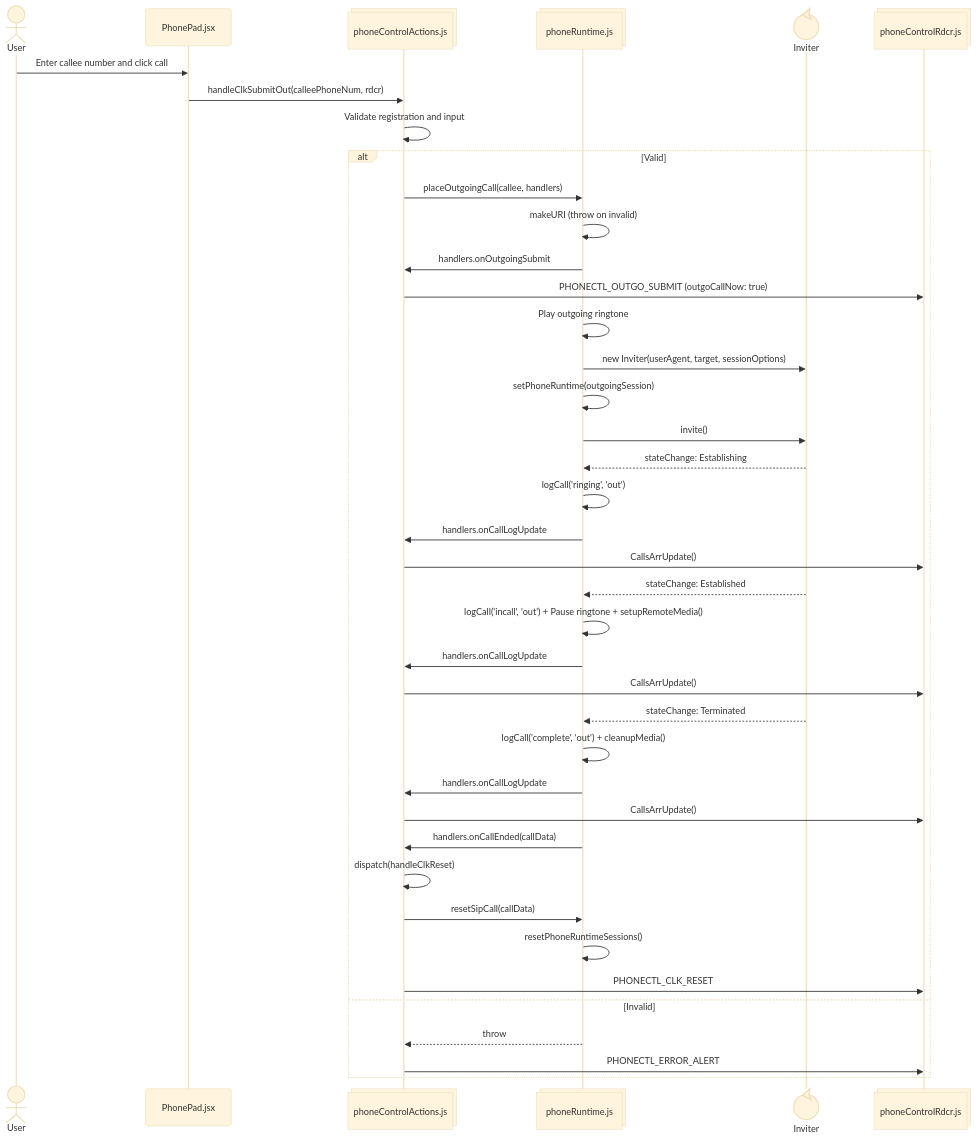
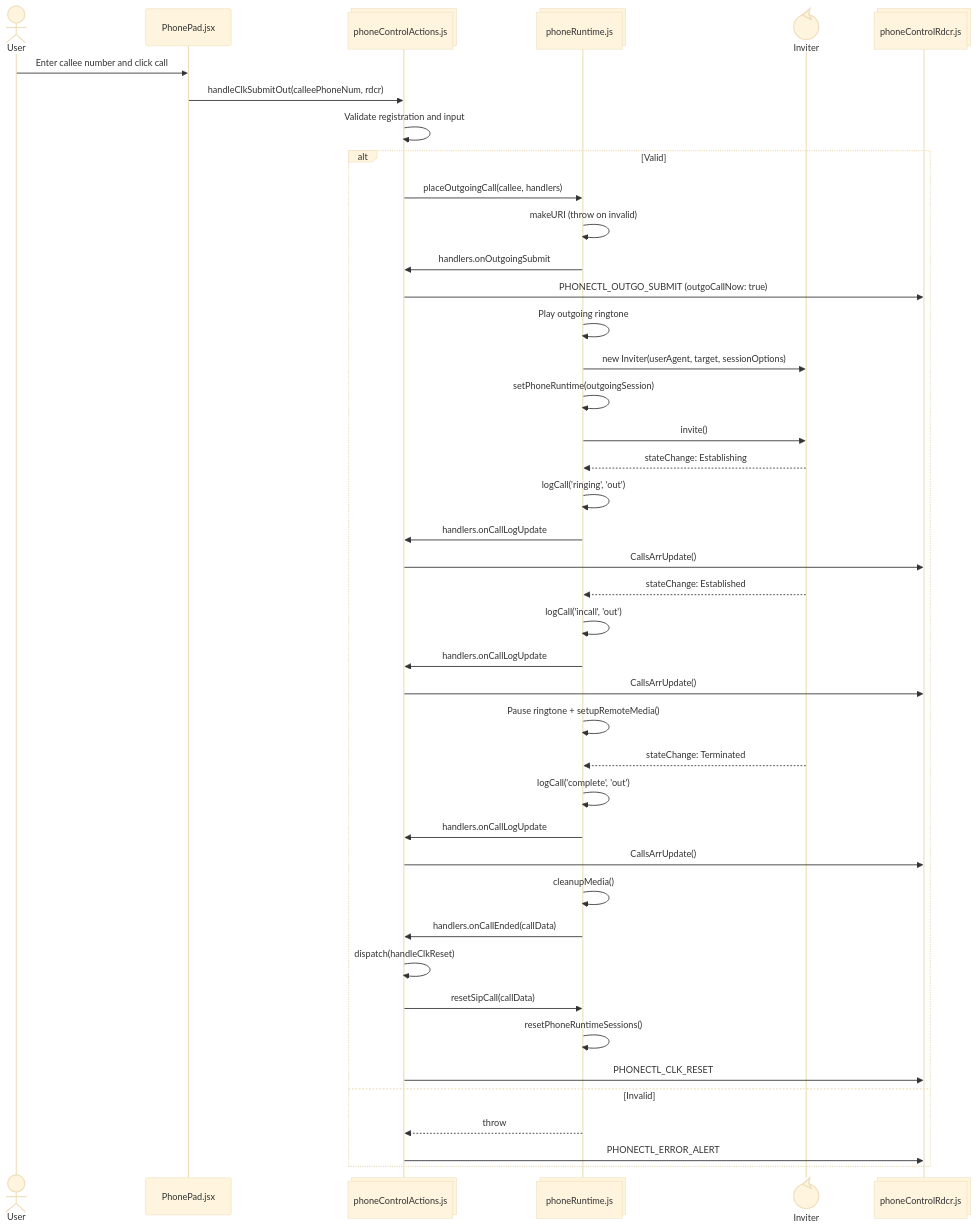
The seventh of 9 diagrams in docs/STATE.md (ars-anosov/sipjs-react), drawn with Mermaid (base theme) before and after one commit. The commit also changed other lines of this file and 13 other files, not shown here.

````diff
--- a/docs/STATE.md
+++ b/docs/STATE.md
@@ -242,43 +267,45 @@
 ```mermaid
 sequenceDiagram
   actor User
   participant PhonePad@{ "type" : "participant", "alias": "PhonePad.jsx" }
   participant Action@{ "type" : "collections", "alias": "phoneControlActions.js" }
   participant Runtime@{ "type" : "collections", "alias": "phoneRuntime.js" }
   participant Inviter@{ "type" : "control" }
   participant Dispatch@{ "type" : "collections", "alias": "phoneControlRdcr.js" }
 
   User->>PhonePad: Enter callee number and click call
   PhonePad->>Action: handleClkSubmitOut(calleePhoneNum, rdcr)
   Action->>Action: Validate registration and input
   alt Valid
     Action->>Runtime: placeOutgoingCall(callee, handlers)
     Runtime->>Runtime: makeURI (throw on invalid)
     Runtime->>Action: handlers.onOutgoingSubmit
     Action->>Dispatch: PHONECTL_OUTGO_SUBMIT (outgoCallNow: true)
     Runtime->>Runtime: Play outgoing ringtone
     Runtime->>Inviter: new Inviter(userAgent, target, sessionOptions)
     Runtime->>Runtime: setPhoneRuntime(outgoingSession)
     Runtime->>Inviter: invite()
     Inviter-->>Runtime: stateChange: Establishing
     Runtime->>Runtime: logCall('ringing', 'out')
     Runtime->>Action: handlers.onCallLogUpdate
     Action->>Dispatch: CallsArrUpdate()
     Inviter-->>Runtime: stateChange: Established
-    Runtime->>Runtime: logCall('incall', 'out') + Pause ringtone + setupRemoteMedia()
+    Runtime->>Runtime: logCall('incall', 'out')
     Runtime->>Action: handlers.onCallLogUpdate
     Action->>Dispatch: CallsArrUpdate()
+    Runtime->>Runtime: Pause ringtone + setupRemoteMedia()
     Inviter-->>Runtime: stateChange: Terminated
-    Runtime->>Runtime: logCall('complete', 'out') + cleanupMedia()
+    Runtime->>Runtime: logCall('complete', 'out')
     Runtime->>Action: handlers.onCallLogUpdate
     Action->>Dispatch: CallsArrUpdate()
+    Runtime->>Runtime: cleanupMedia()
     Runtime->>Action: handlers.onCallEnded(callData)
     Action->>Action: dispatch(handleClkReset)
     Action->>Runtime: resetSipCall(callData)
     Runtime->>Runtime: resetPhoneRuntimeSessions()
     Action->>Dispatch: PHONECTL_CLK_RESET
   else Invalid
     Runtime-->>Action: throw
     Action->>Dispatch: PHONECTL_ERROR_ALERT
   end
 ```
````
